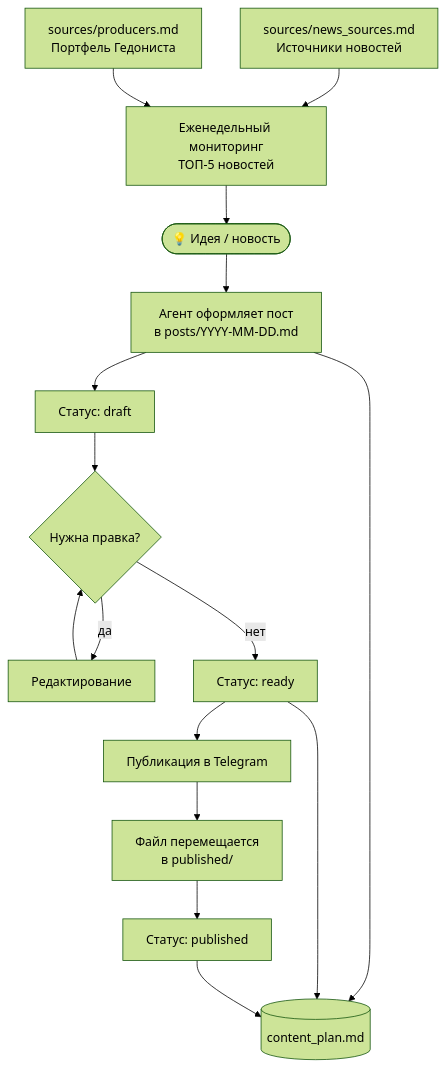
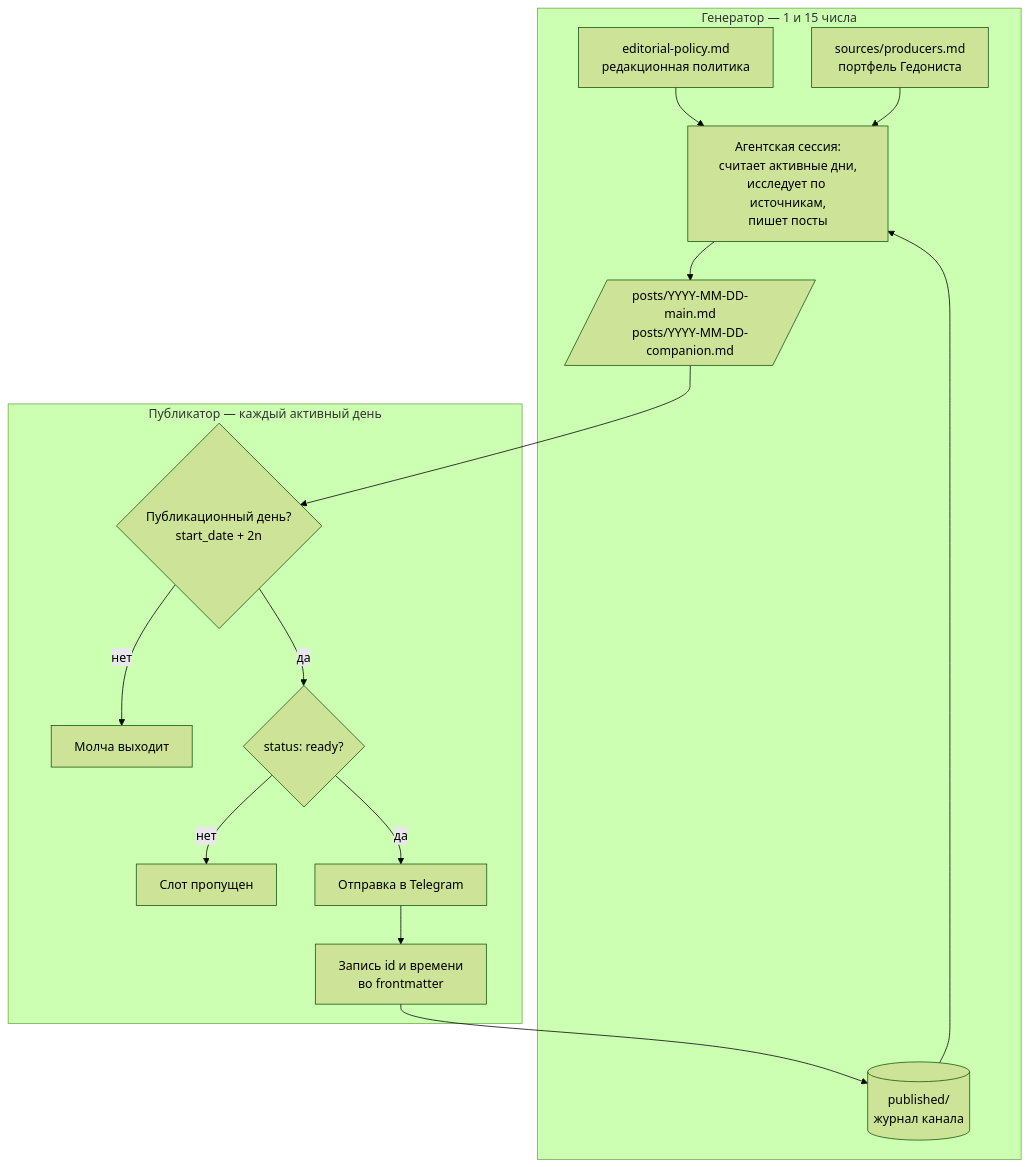
One commit to shoretsigor/content-factory changed the diagram in README.md. Above: the diagram before and after it, drawn with Mermaid (forest theme). The commit also changed other lines of this file and 4 other files, not shown here.

````diff
--- a/README.md
+++ b/README.md
@@ -7,20 +10,21 @@
 ```mermaid
 flowchart TD
-    S1[sources/news_sources.md\nИсточники новостей] --> W
-    S2[sources/producers.md\nПортфель Гедониста] --> W
-    W[Еженедельный мониторинг\nТОП-5 новостей] --> A
+    subgraph GEN["Генератор — 1 и 15 числа"]
+        P[editorial-policy.md<br/>редакционная политика] --> R
+        PR[sources/producers.md<br/>портфель Гедониста] --> R
+        J[(published/<br/>журнал канала)] --> R
+        R[Агентская сессия:<br/>считает активные дни,<br/>исследует по источникам,<br/>пишет посты] --> Q
+    end
 
-    A([💡 Идея / новость]) --> B[Агент оформляет пост\nв posts/YYYY-MM-DD.md]
-    B --> C[Статус: draft]
-    C --> D{Нужна правка?}
-    D -- да --> E[Редактирование]
-    E --> D
-    D -- нет --> F[Статус: ready]
-    F --> G[Публикация в Telegram]
-    G --> H[Файл перемещается\nв published/]
-    H --> I[Статус: published]
+    Q[/posts/YYYY-MM-DD-main.md<br/>posts/YYYY-MM-DD-companion.md/]
 
-    B --> J[(content_plan.md)]
-    F --> J
-    I --> J
+    subgraph PUB["Публикатор — каждый активный день"]
+        Q --> C{Публикационный день?<br/>start_date + 2n}
+        C -- нет --> SKIP1[Молча выходит]
+        C -- да --> S{status: ready?}
+        S -- нет --> SKIP2[Слот пропущен]
+        S -- да --> T[Отправка в Telegram]
+        T --> M[Запись id и времени<br/>во frontmatter]
+        M --> J
+    end
 ```
````
